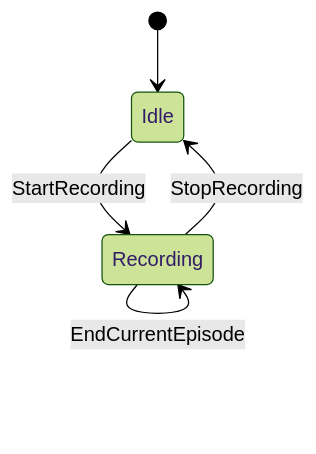
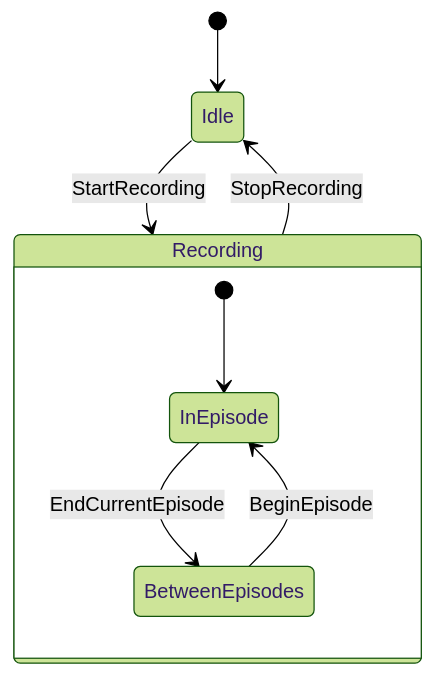
The diagram in docs/scripting/guides/recording.md (ZoreAnuj/luckyrobots-docs), drawn with Mermaid (forest theme) before and after one commit. The commit also changed other lines of this file and 11 other files, not shown here.

````diff
--- a/docs/scripting/guides/recording.md
+++ b/docs/scripting/guides/recording.md
@@ -19,7 +19,13 @@
 ```mermaid
 stateDiagram-v2
     [*] --> Idle
+
     Idle --> Recording : StartRecording
-    Recording --> Recording : EndCurrentEpisode
     Recording --> Idle : StopRecording
+
+    state Recording {
+        [*] --> InEpisode
+        InEpisode --> BetweenEpisodes : EndCurrentEpisode
+        BetweenEpisodes --> InEpisode : BeginEpisode
+    }
 ```
````
